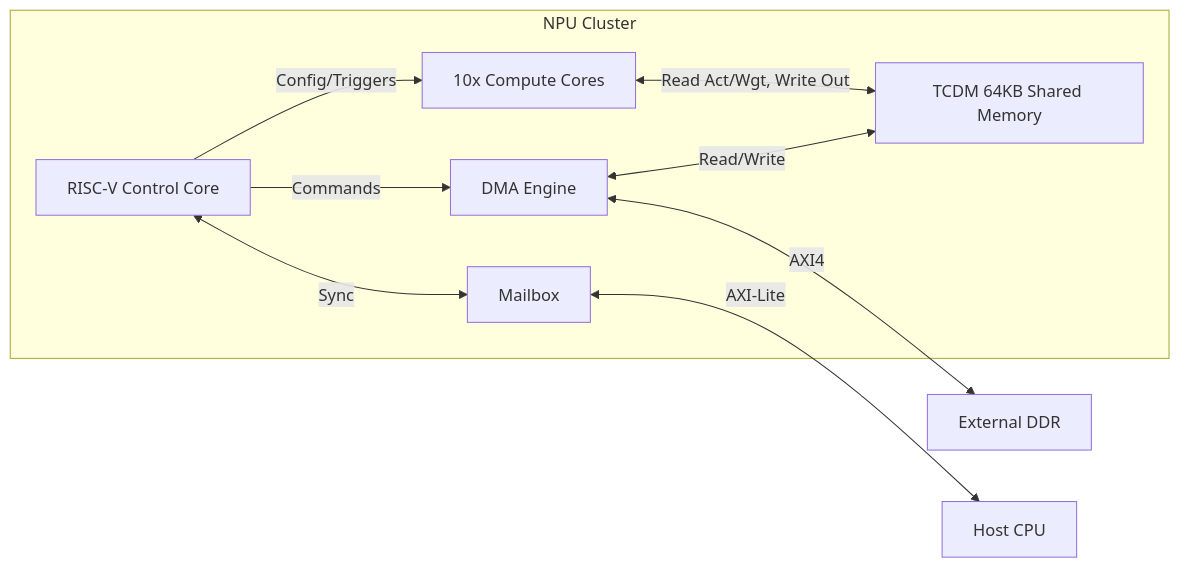
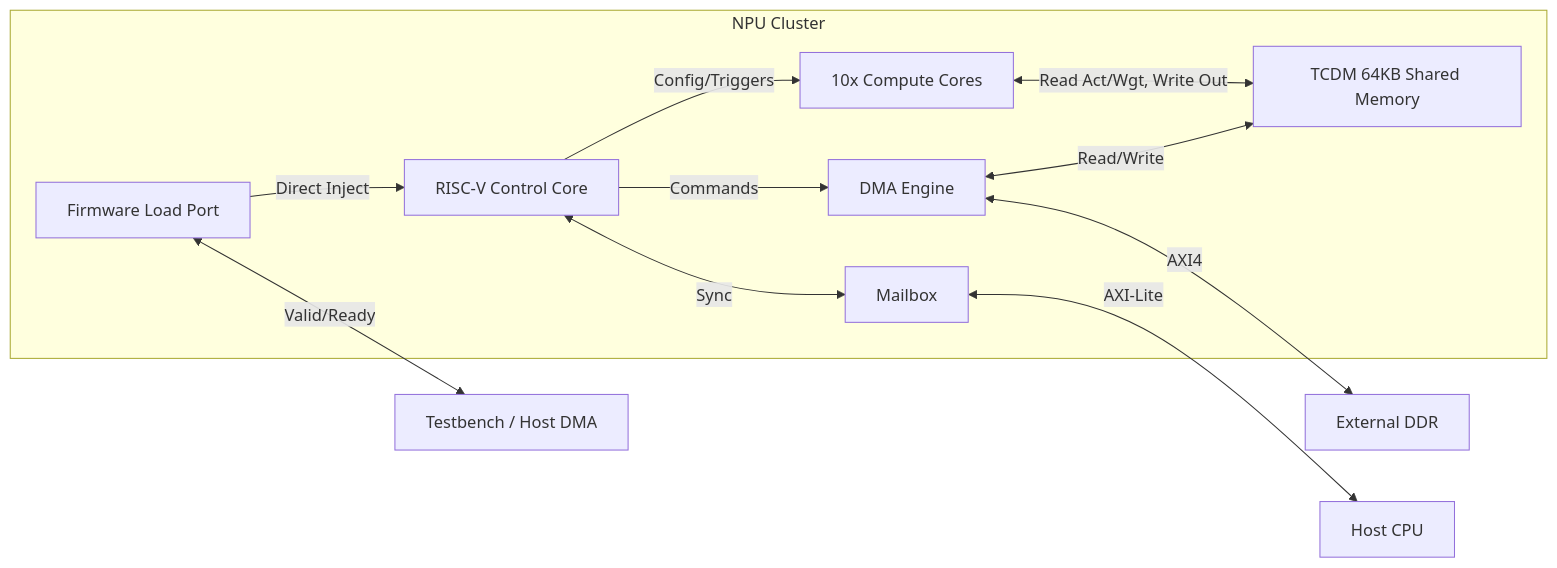
Before and after one commit to hapv3/snitch_cluster: the second of 3 diagrams in status/architecture.md, drawn with Mermaid. The commit also changed other lines of this file and 25 other files, not shown here.

Commit message:
feat(npu_cluster): Implement AXI-Lite Bridge and update testbench for firmware/mailbox

````diff
--- a/status/architecture.md
+++ b/status/architecture.md
@@ -45,14 +46,16 @@
 ```mermaid
 flowchart LR
     subgraph NPU_Cluster [NPU Cluster]
         RV[RISC-V Control Core] -->|Config/Triggers| CC[10x Compute Cores]
         RV -->|Commands| DMA[DMA Engine]
         RV <-->|Sync| MB[Mailbox]
         
         DMA <-->|Read/Write| TCDM[TCDM 64KB Shared Memory]
         CC <-->|Read Act/Wgt, Write Out| TCDM
+        FW_Port[Firmware Load Port] -->|Direct Inject| RV
     end
     
     DMA <-->|AXI4| External_Mem[External DDR]
     MB <-->|AXI-Lite| Host[Host CPU]
+    FW_Port <-->|Valid/Ready| TB[Testbench / Host DMA]
 ```
````
